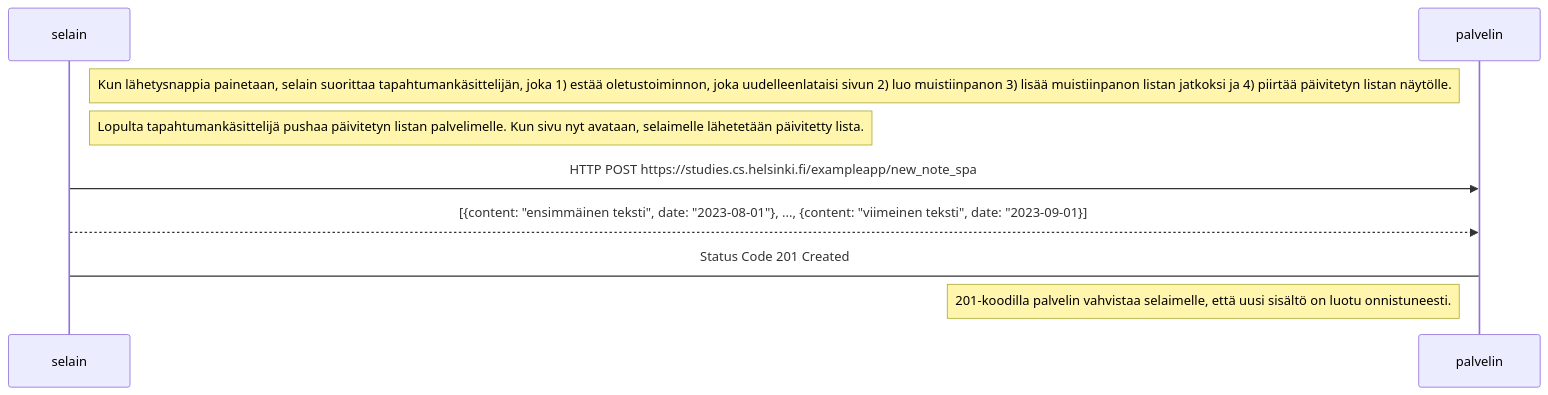
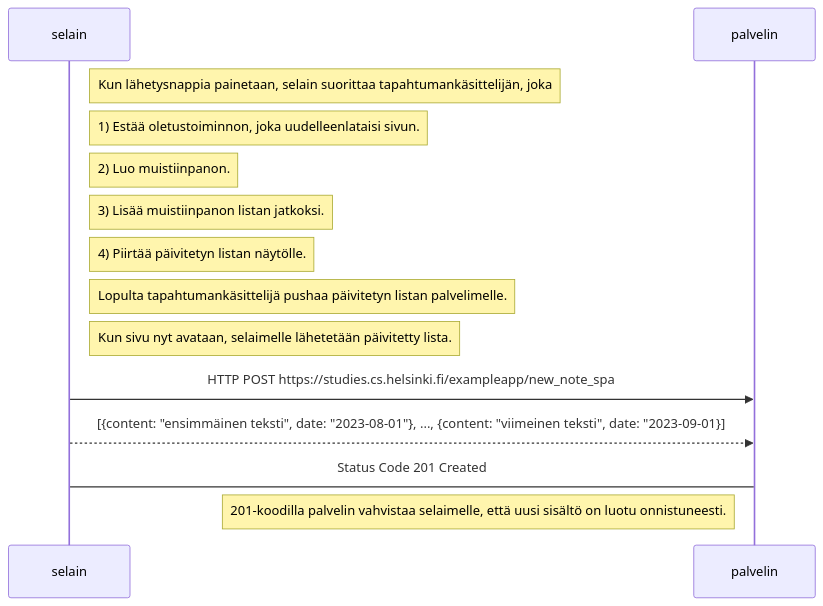
Before and after one commit to kortekoski/fullstackpalautukset: the diagram in osa0/uusi_muistiinpano_spa.md, drawn with Mermaid.

````diff
--- a/osa0/uusi_muistiinpano_spa.md
+++ b/osa0/uusi_muistiinpano_spa.md
@@ -1,14 +1,19 @@
 ```mermaid
 sequenceDiagram
     participant selain
     participant palvelin
     
-    Note right of selain: Kun lähetysnappia painetaan, selain suorittaa tapahtumankäsittelijän, joka 1) estää oletustoiminnon, joka uudelleenlataisi sivun 2) luo muistiinpanon 3) lisää muistiinpanon listan jatkoksi ja 4) piirtää päivitetyn listan näytölle.
+    Note right of selain: Kun lähetysnappia painetaan, selain suorittaa tapahtumankäsittelijän, joka
+    Note right of selain: 1) Estää oletustoiminnon, joka uudelleenlataisi sivun.
+    Note right of selain: 2) Luo muistiinpanon.
+    Note right of selain: 3) Lisää muistiinpanon listan jatkoksi.
+    Note right of selain: 4) Piirtää päivitetyn listan näytölle.
 
-    Note right of selain: Lopulta tapahtumankäsittelijä pushaa päivitetyn listan palvelimelle. Kun sivu nyt avataan, selaimelle lähetetään päivitetty lista.
+    Note right of selain: Lopulta tapahtumankäsittelijä pushaa päivitetyn listan palvelimelle.
+    Note right of selain: Kun sivu nyt avataan, selaimelle lähetetään päivitetty lista.
 
     selain->>palvelin: HTTP POST https://studies.cs.helsinki.fi/exampleapp/new_note_spa
     selain-->>palvelin: [{content: "ensimmäinen teksti", date: "2023-08-01"}, ..., {content: "viimeinen teksti", date: "2023-09-01}]
     palvelin->selain: Status Code 201 Created
     Note left of palvelin: 201-koodilla palvelin vahvistaa selaimelle, että uusi sisältö on luotu onnistuneesti.
 ```
````
